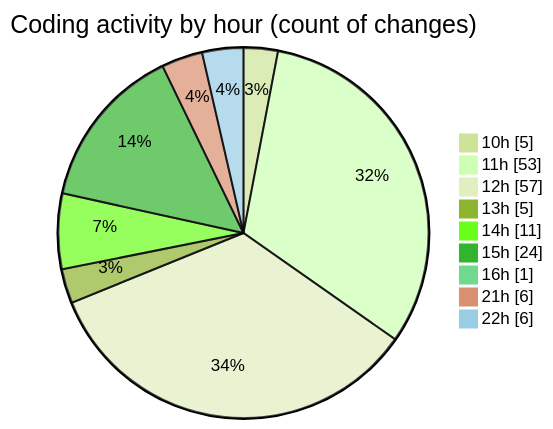
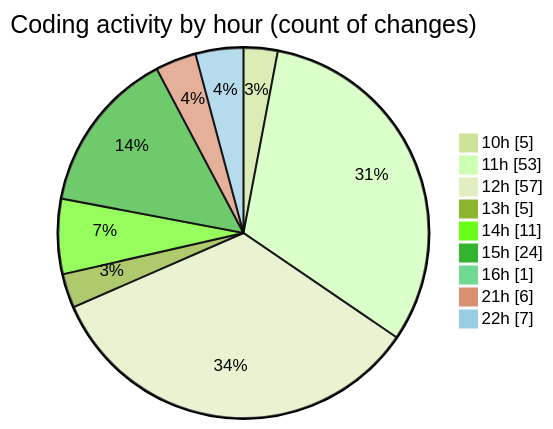
One commit to momahboobian/code-tracking changed the second of 2 diagrams in 2025-06-17/cda/README.md. Above: the diagram before and after it, drawn with Mermaid (forest theme). The commit also changed other lines of this file and 1 other file, not shown here.

````diff
--- a/2025-06-17/cda/README.md
+++ b/2025-06-17/cda/README.md
@@ -59,13 +59,13 @@
 ```mermaid
 pie showData
 title Coding activity by hour (count of changes)
 "10h" : 5
 "11h" : 53
 "12h" : 57
 "13h" : 5
 "14h" : 11
 "15h" : 24
 "16h" : 1
 "21h" : 6
-"22h" : 6
+"22h" : 7
 ```
````
